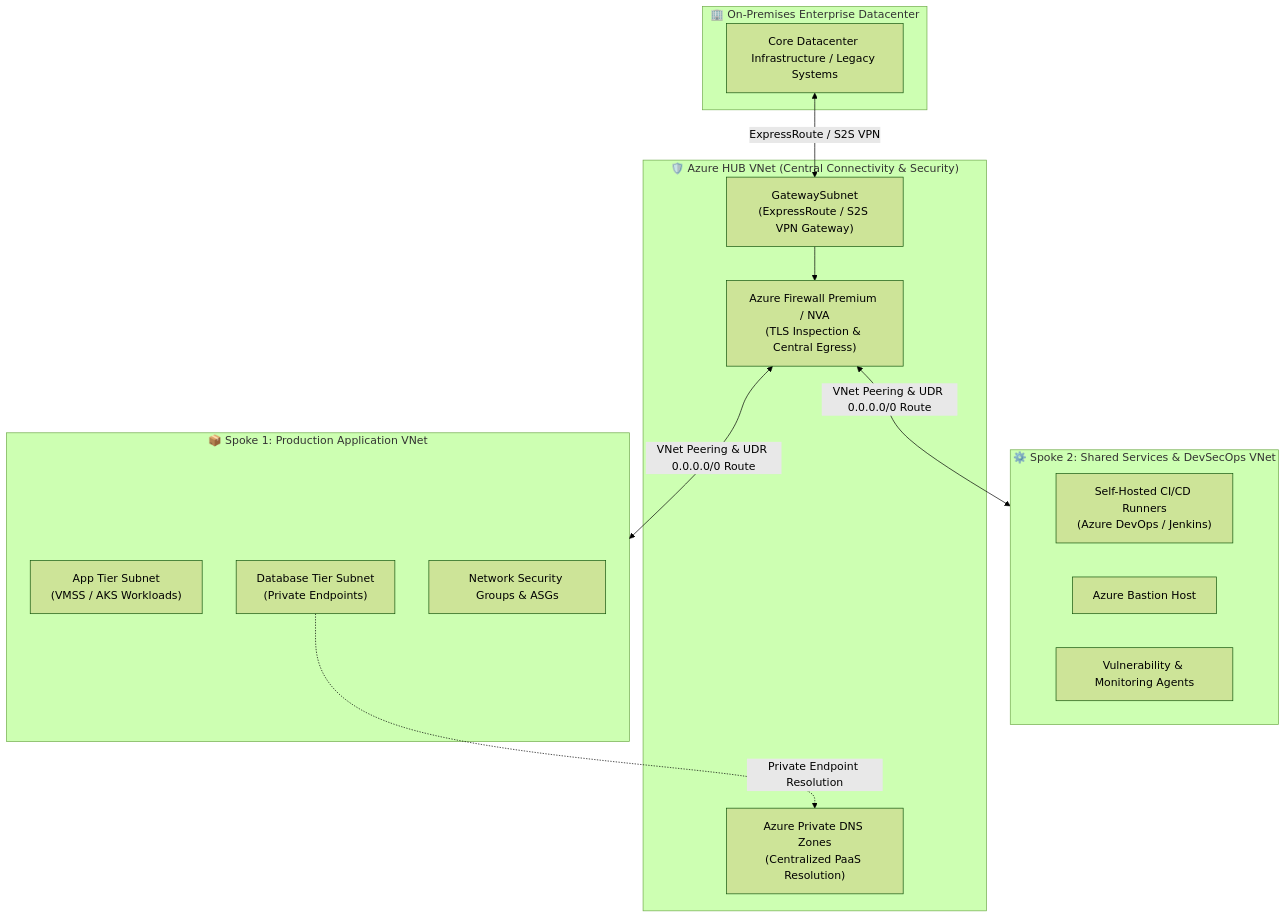
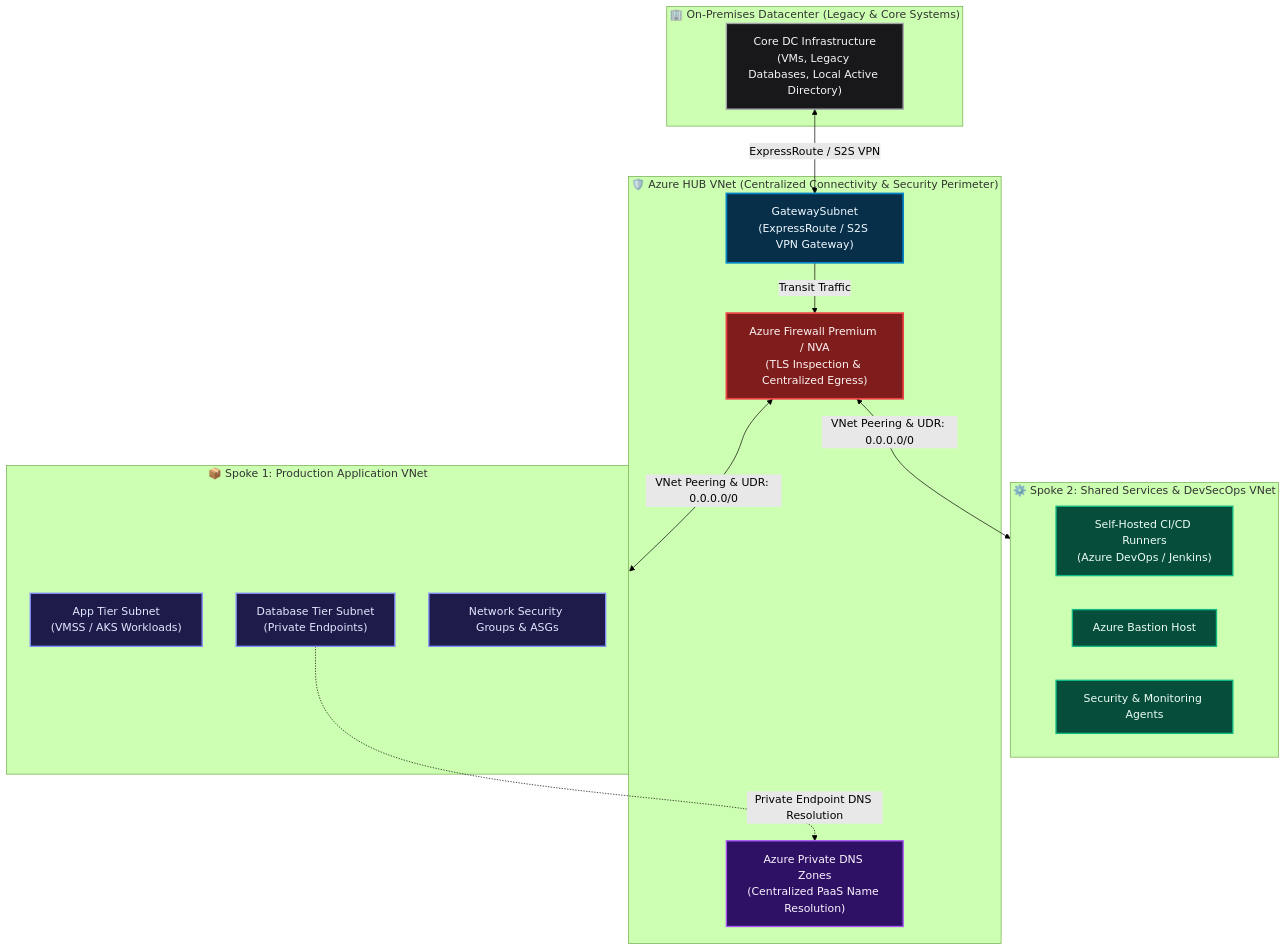
Before and after one commit to Sarvesh0401/Sarvesh0401: the second of 7 diagrams in README.md, drawn with Mermaid (forest theme). The commit also changed other lines of this file and 3 other files, not shown here.

First line of the commit message:
feat(profile): align designation to Senior DevSecOps & Cloud Professional with rich visual diagrams

````diff
--- a/README.md
+++ b/README.md
@@ -96,30 +120,44 @@
 ```mermaid
 flowchart TD
-    subgraph OnPrem ["🏢 On-Premises Enterprise Datacenter"]
-        DC["Core Datacenter Infrastructure / Legacy Systems"]
+    subgraph OnPrem ["🏢 On-Premises Datacenter (Legacy & Core Systems)"]
+        DC["Core DC Infrastructure<br/>(VMs, Legacy Databases, Local Active Directory)"]
     end
 
-    subgraph HubVNet ["🛡️ Azure HUB VNet (Central Connectivity & Security)"]
+    subgraph HubVNet ["🛡️ Azure HUB VNet (Centralized Connectivity & Security Perimeter)"]
         GW["GatewaySubnet<br/>(ExpressRoute / S2S VPN Gateway)"]
-        FW["Azure Firewall Premium / NVA<br/>(TLS Inspection & Central Egress)"]
-        DNS["Azure Private DNS Zones<br/>(Centralized PaaS Resolution)"]
+        FW["Azure Firewall Premium / NVA<br/>(TLS Inspection & Centralized Egress)"]
+        DNS["Azure Private DNS Zones<br/>(Centralized PaaS Name Resolution)"]
     end
 
     subgraph SpokeApp ["📦 Spoke 1: Production Application VNet"]
         AppTier["App Tier Subnet<br/>(VMSS / AKS Workloads)"]
         DBTier["Database Tier Subnet<br/>(Private Endpoints)"]
         NSG1["Network Security Groups & ASGs"]
     end
 
     subgraph SpokeShared ["⚙️ Spoke 2: Shared Services & DevSecOps VNet"]
         Runners["Self-Hosted CI/CD Runners<br/>(Azure DevOps / Jenkins)"]
         Bastion["Azure Bastion Host"]
-        SecTools["Vulnerability & Monitoring Agents"]
+        SecTools["Security & Monitoring Agents"]
     end
 
     DC <-->|"ExpressRoute / S2S VPN"| GW
-    GW --> FW
-    FW <-->|"VNet Peering & UDR 0.0.0.0/0 Route"| SpokeApp
-    FW <-->|"VNet Peering & UDR 0.0.0.0/0 Route"| SpokeShared
-    DBTier -.->|"Private Endpoint Resolution"| DNS
+    GW -->|"Transit Traffic"| FW
+    FW <-->|"VNet Peering & UDR: 0.0.0.0/0"| SpokeApp
+    FW <-->|"VNet Peering & UDR: 0.0.0.0/0"| SpokeShared
+    DBTier -.->|"Private Endpoint DNS Resolution"| DNS
+
+    classDef onpremStyle fill:#18181b,stroke:#a1a1aa,stroke-width:2px,color:#f4f4f5;
+    classDef hubStyle fill:#082f49,stroke:#0284c7,stroke-width:2.5px,color:#f0f9ff;
+    classDef fwStyle fill:#7f1d1d,stroke:#ef4444,stroke-width:2.5px,color:#fef2f2;
+    classDef dnsStyle fill:#2e1065,stroke:#a855f7,stroke-width:2px,color:#faf5ff;
+    classDef spokeAppStyle fill:#1e1b4b,stroke:#818cf8,stroke-width:2px,color:#e0e7ff;
+    classDef spokeSharedStyle fill:#064e3b,stroke:#10b981,stroke-width:2px,color:#ecfdf5;
+
+    class DC onpremStyle;
+    class GW hubStyle;
+    class FW fwStyle;
+    class DNS dnsStyle;
+    class AppTier,DBTier,NSG1 spokeAppStyle;
+    class Runners,Bastion,SecTools spokeSharedStyle;
 ```
````
